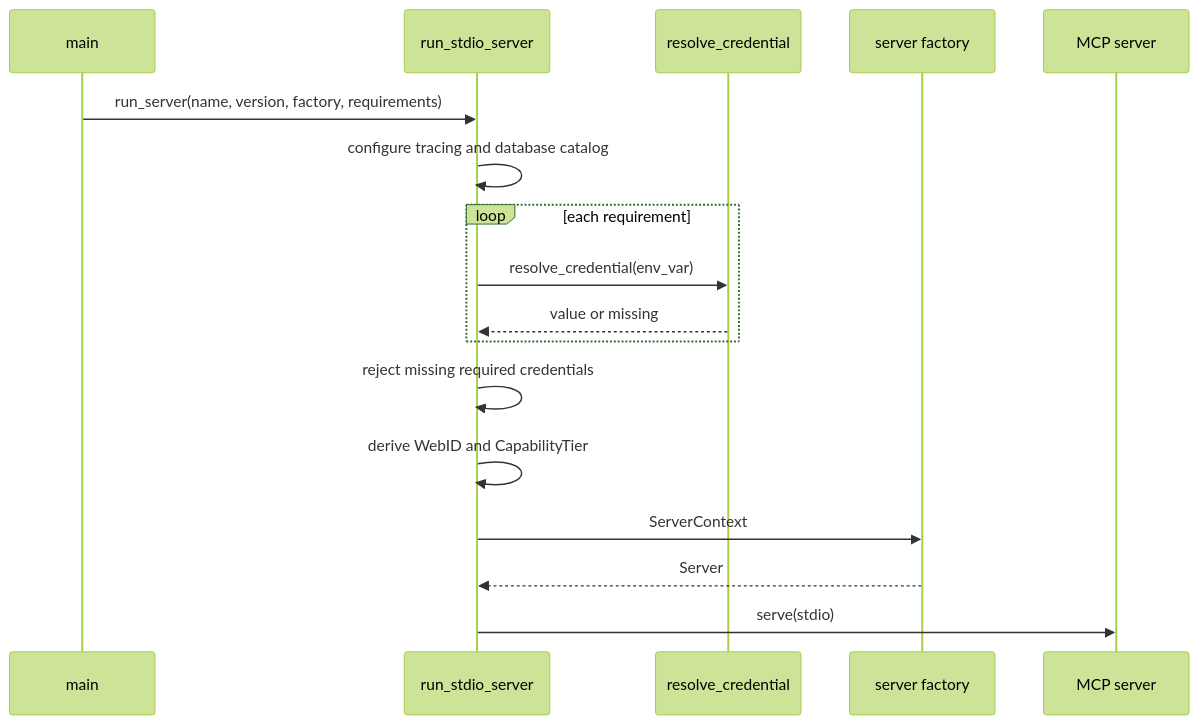
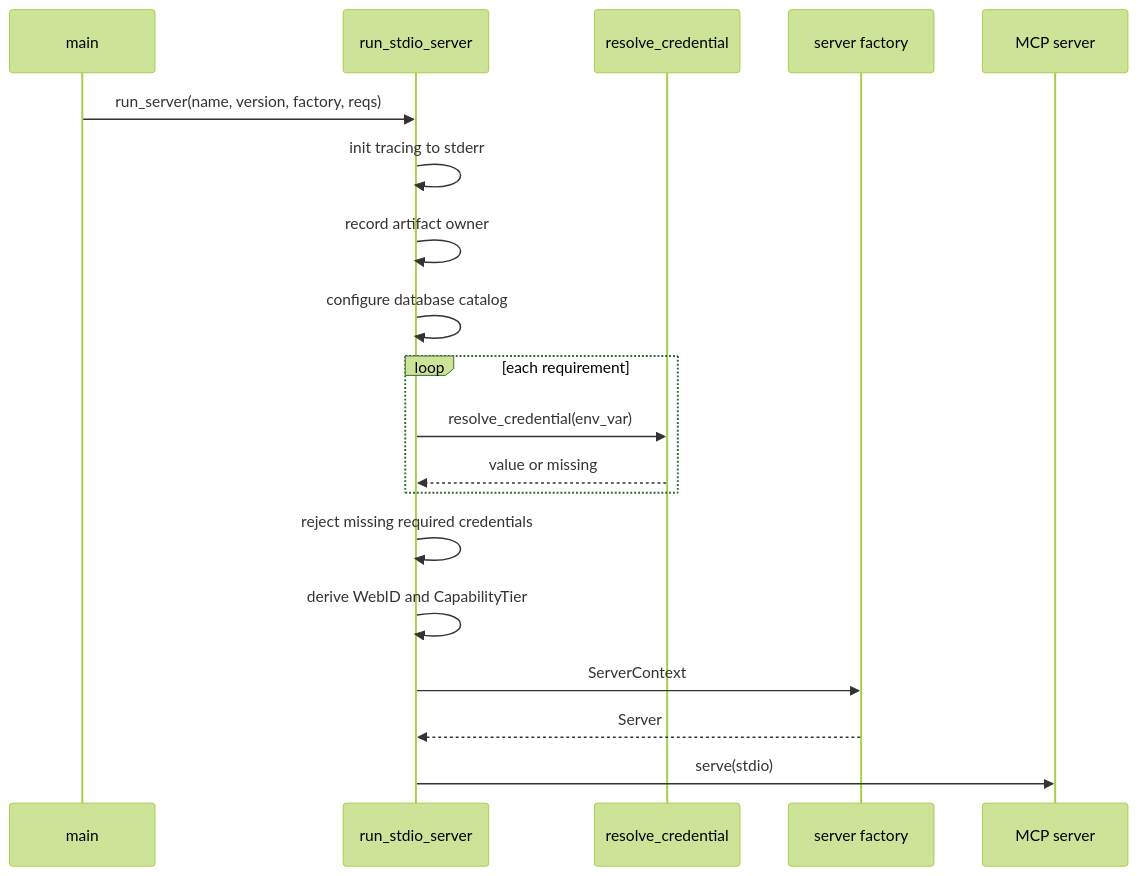
One commit to mdz-axo/zed-kask changed the first of 2 diagrams in kask/docs/diataxis/hkask-mcp-server/explanation.md. Above: the diagram before and after it, drawn with Mermaid (forest theme). The commit also changed other lines of this file and 43 other files, not shown here.

````diff
--- a/kask/docs/diataxis/hkask-mcp-server/explanation.md
+++ b/kask/docs/diataxis/hkask-mcp-server/explanation.md
@@ -19,20 +19,22 @@
 ```mermaid
 sequenceDiagram
     participant Main as main
     participant Bootstrap as run_stdio_server
     participant Resolver as resolve_credential
     participant Factory as server factory
     participant Server as MCP server
 
-    Main->>Bootstrap: run_server(name, version, factory, requirements)
-    Bootstrap->>Bootstrap: configure tracing and database catalog
+    Main->>Bootstrap: run_server(name, version, factory, reqs)
+    Bootstrap->>Bootstrap: init tracing to stderr
+    Bootstrap->>Bootstrap: record artifact owner
+    Bootstrap->>Bootstrap: configure database catalog
     loop each requirement
         Bootstrap->>Resolver: resolve_credential(env_var)
         Resolver-->>Bootstrap: value or missing
     end
     Bootstrap->>Bootstrap: reject missing required credentials
     Bootstrap->>Bootstrap: derive WebID and CapabilityTier
     Bootstrap->>Factory: ServerContext
     Factory-->>Bootstrap: Server
     Bootstrap->>Server: serve(stdio)
 ```
````
